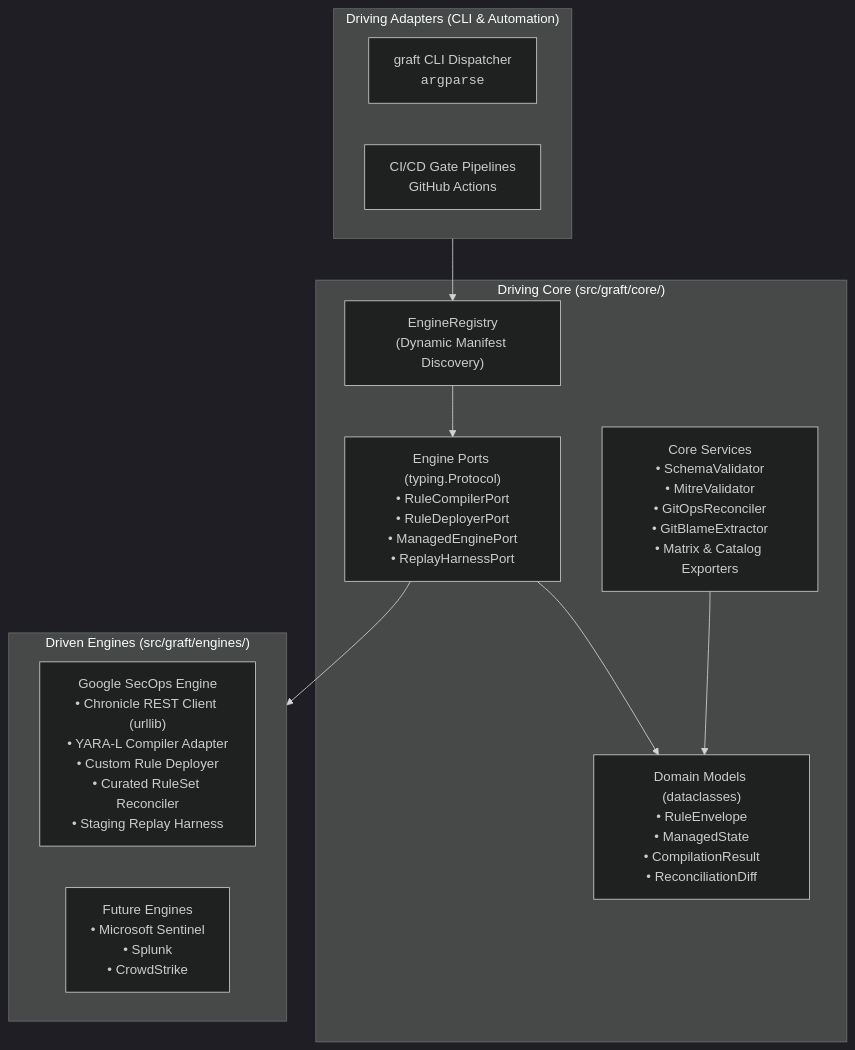
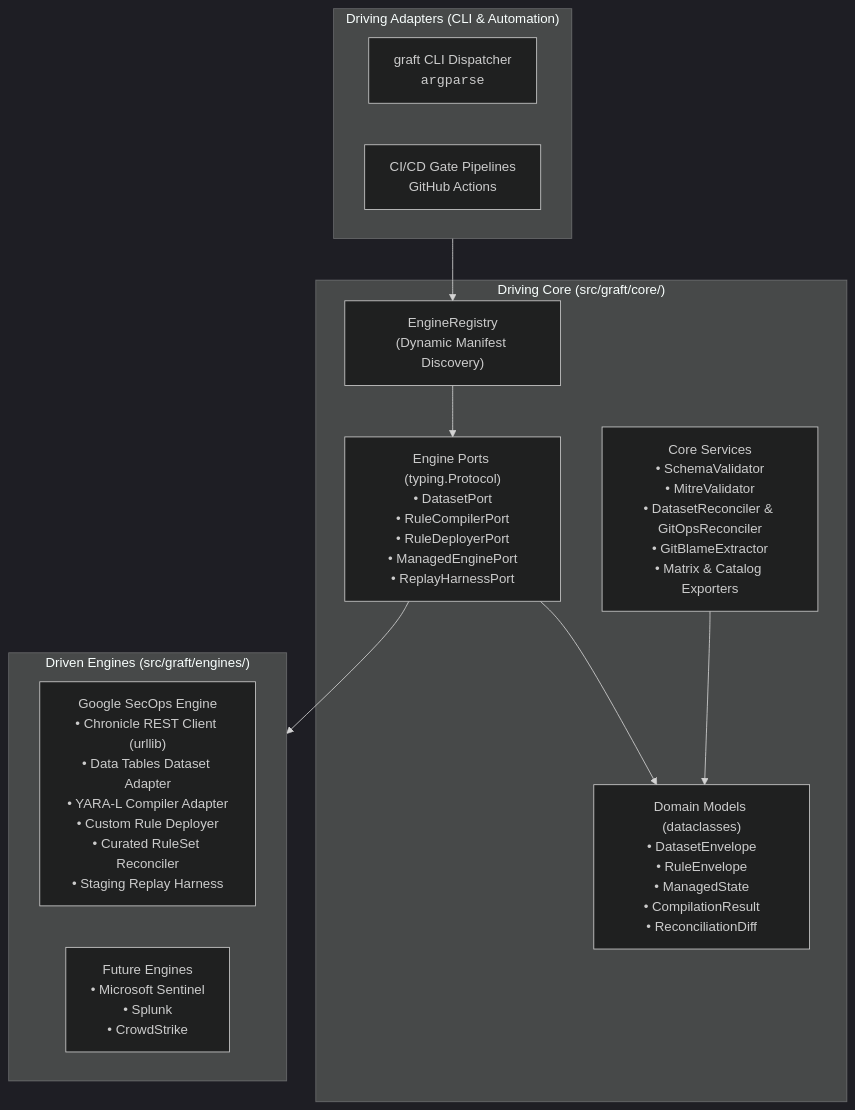
One commit to lopes/graft changed the first of 2 diagrams in docs/architecture.md. Above: the diagram before and after it, drawn with Mermaid (dark theme). The commit also changed other lines of this file and 48 other files, not shown here.

````diff
--- a/docs/architecture.md
+++ b/docs/architecture.md
@@ -13,25 +13,25 @@
 ```mermaid
 flowchart TD
     subgraph DrivingAdapters["Driving Adapters (CLI & Automation)"]
         CLI["graft CLI Dispatcher<br/><code>argparse</code>"]
         CI["CI/CD Gate Pipelines<br/>GitHub Actions"]
     end
 
     subgraph DrivingCore["Driving Core (src/graft/core/)"]
-        PORTS["Engine Ports (typing.Protocol)<br/>• RuleCompilerPort<br/>• RuleDeployerPort<br/>• ManagedEnginePort<br/>• ReplayHarnessPort"]
-        MODELS["Domain Models (dataclasses)<br/>• RuleEnvelope<br/>• ManagedState<br/>• CompilationResult<br/>• ReconciliationDiff"]
-        SERVICES["Core Services<br/>• SchemaValidator<br/>• MitreValidator<br/>• GitOpsReconciler<br/>• GitBlameExtractor<br/>• Matrix & Catalog Exporters"]
+        PORTS["Engine Ports (typing.Protocol)<br/>• DatasetPort<br/>• RuleCompilerPort<br/>• RuleDeployerPort<br/>• ManagedEnginePort<br/>• ReplayHarnessPort"]
+        MODELS["Domain Models (dataclasses)<br/>• DatasetEnvelope<br/>• RuleEnvelope<br/>• ManagedState<br/>• CompilationResult<br/>• ReconciliationDiff"]
+        SERVICES["Core Services<br/>• SchemaValidator<br/>• MitreValidator<br/>• DatasetReconciler &amp; GitOpsReconciler<br/>• GitBlameExtractor<br/>• Matrix &amp; Catalog Exporters"]
         REGISTRY["EngineRegistry<br/>(Dynamic Manifest Discovery)"]
     end
 
     subgraph DrivenEngines["Driven Engines (src/graft/engines/)"]
-        SECOPS["Google SecOps Engine<br/>• Chronicle REST Client (urllib)<br/>• YARA-L Compiler Adapter<br/>• Custom Rule Deployer<br/>• Curated RuleSet Reconciler<br/>• Staging Replay Harness"]
+        SECOPS["Google SecOps Engine<br/>• Chronicle REST Client (urllib)<br/>• Data Tables Dataset Adapter<br/>• YARA-L Compiler Adapter<br/>• Custom Rule Deployer<br/>• Curated RuleSet Reconciler<br/>• Staging Replay Harness"]
         FUTURE["Future Engines<br/>• Microsoft Sentinel<br/>• Splunk<br/>• CrowdStrike"]
     end
 
     DrivingAdapters --> REGISTRY
     REGISTRY --> PORTS
     PORTS --> MODELS
     SERVICES --> MODELS
     PORTS --> DrivenEngines
 ```
````
